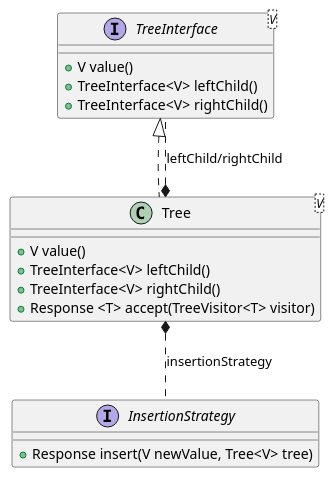
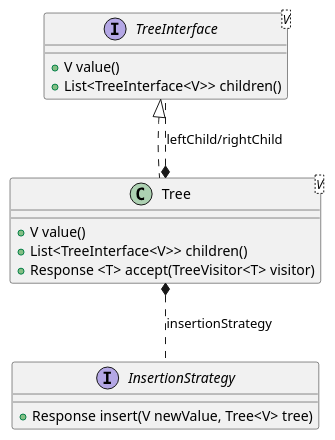
One commit to IngsisPrintScript/PrintScript changed the diagram in src/main/java/trees/TreeDiagram.puml. Above: the diagram before and after it, drawn with PlantUML. The commit also changed 7 other files, not shown here.

```diff
--- a/src/main/java/trees/TreeDiagram.puml
+++ b/src/main/java/trees/TreeDiagram.puml
@@ -1,26 +1,24 @@
 @startuml
 'https://plantuml.com/class-diagram
 
 interface TreeInterface<V>{
     + V value()
-    + TreeInterface<V> leftChild()
-    + TreeInterface<V> rightChild()
+    + List<TreeInterface<V>> children()
 }
 
 class Tree<V>{
     + V value()
-    + TreeInterface<V> leftChild()
-    + TreeInterface<V> rightChild()
+    + List<TreeInterface<V>> children()
     + Response <T> accept(TreeVisitor<T> visitor)
 }
 
 interface InsertionStrategy{
     + Response insert(V newValue, Tree<V> tree)
 }
 
 TreeInterface <|.. Tree
 
 Tree *.. TreeInterface: leftChild/rightChild
 Tree *.. InsertionStrategy: insertionStrategy
 
 @enduml
```
